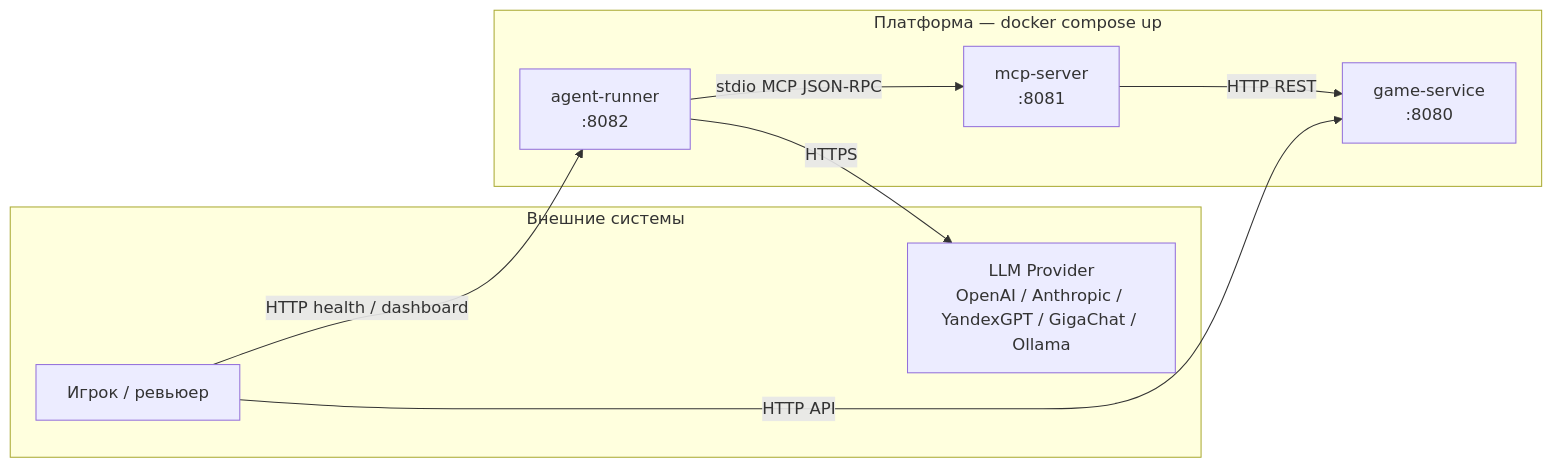
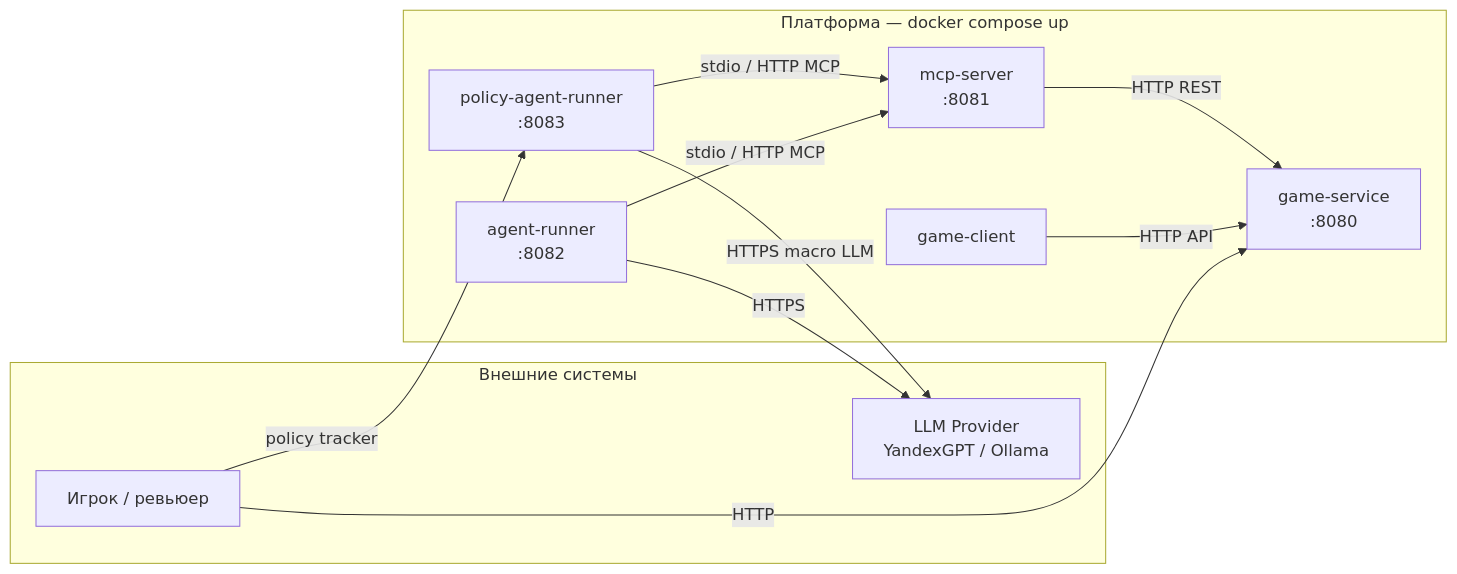
The diagram in docs/architecture.md (sallich/karlik2.SE_RUS), drawn with Mermaid before and after one commit. The commit also changed other lines of this file and 110 other files, not shown here.

Commit message:
Add policy-agent-runner on llm-boss baseline with shared agent libs and docs.

````diff
--- a/docs/architecture.md
+++ b/docs/architecture.md
@@ -5,19 +5,24 @@
 ```mermaid
 flowchart LR
     subgraph external [Внешние системы]
-        LLM[LLM Provider<br/>OpenAI / Anthropic / YandexGPT / GigaChat / Ollama]
+        LLM[LLM Provider<br/>YandexGPT / Ollama]
         Human[Игрок / ревьюер]
     end
 
     subgraph platform [Платформа — docker compose up]
         AR[agent-runner<br/>:8082]
+        PAR[policy-agent-runner<br/>:8083]
         MCP[mcp-server<br/>:8081]
         GS[game-service<br/>:8080]
+        GC[game-client]
     end
 
-    Human -->|HTTP health / dashboard| AR
-    Human -->|HTTP API| GS
-    AR -->|stdio MCP JSON-RPC| MCP
+    Human -->|HTTP| GS
+    Human -->|policy tracker| PAR
+    GC -->|HTTP API| GS
+    AR -->|stdio / HTTP MCP| MCP
+    PAR -->|stdio / HTTP MCP| MCP
     AR -->|HTTPS| LLM
+    PAR -->|HTTPS macro LLM| LLM
     MCP -->|HTTP REST| GS
 ```
````
